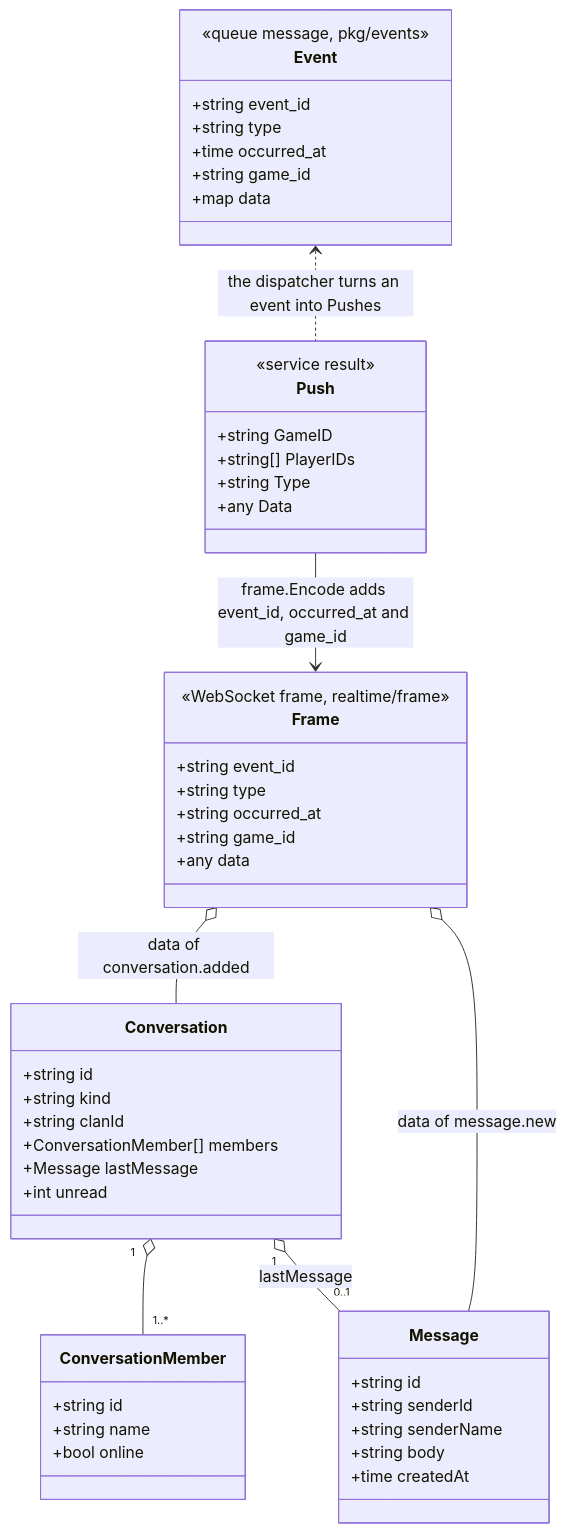
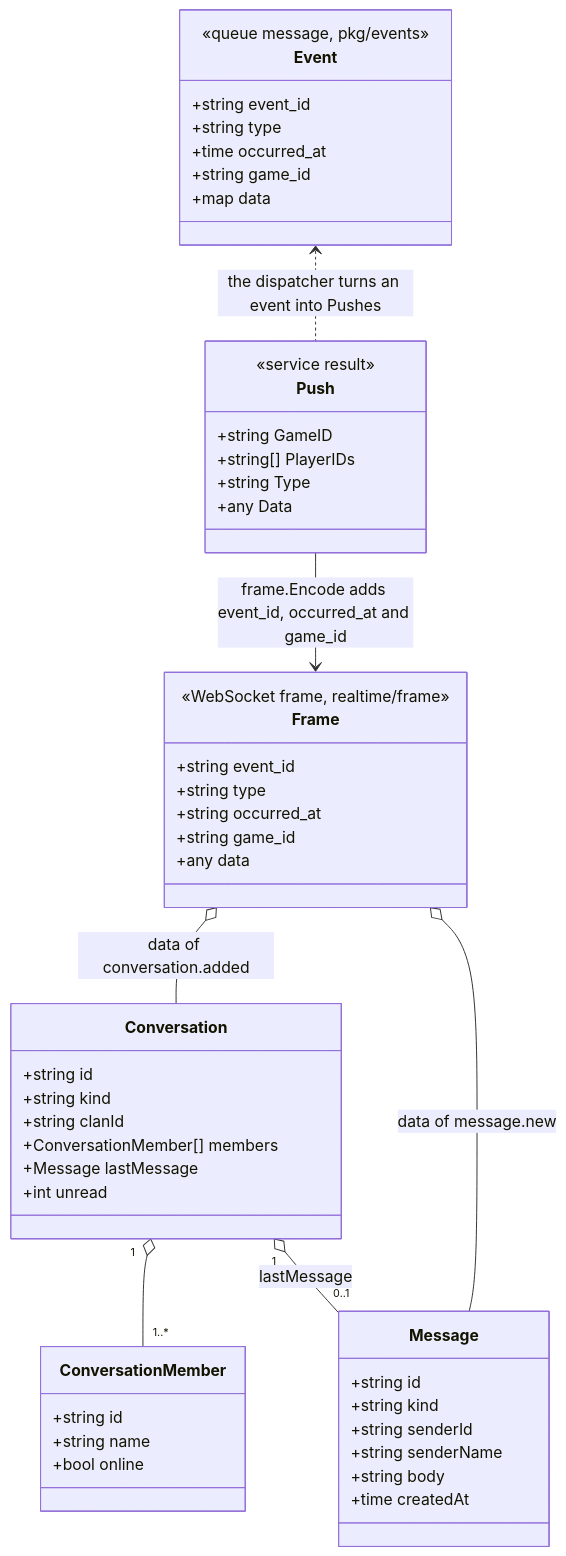
Before and after one commit to Sociable-platform/clan-backend: the ninth of 12 diagrams in docs/realtime-flow.md, drawn with Mermaid. The commit also changed 26 other files, not shown here.

````diff
--- a/docs/realtime-flow.md
+++ b/docs/realtime-flow.md
@@ -347,52 +347,53 @@
 ```mermaid
 classDiagram
     class Event {
         <<queue message, pkg/events>>
         +string event_id
         +string type
         +time occurred_at
         +string game_id
         +map data
     }
     class Frame {
         <<WebSocket frame, realtime/frame>>
         +string event_id
         +string type
         +string occurred_at
         +string game_id
         +any data
     }
     class Push {
         <<service result>>
         +string GameID
         +string[] PlayerIDs
         +string Type
         +any Data
     }
     class Conversation {
         +string id
         +string kind
         +string clanId
         +ConversationMember[] members
         +Message lastMessage
         +int unread
     }
     class ConversationMember {
         +string id
         +string name
         +bool online
     }
     class Message {
         +string id
+        +string kind
         +string senderId
         +string senderName
         +string body
         +time createdAt
     }
     Event <.. Push : the dispatcher turns an event into Pushes
     Push --> Frame : frame.Encode adds event_id, occurred_at and game_id
     Frame o-- Conversation : data of conversation.added
     Frame o-- Message : data of message.new
     Conversation "1" o-- "1..*" ConversationMember
     Conversation "1" o-- "0..1" Message : lastMessage
 ```
````
